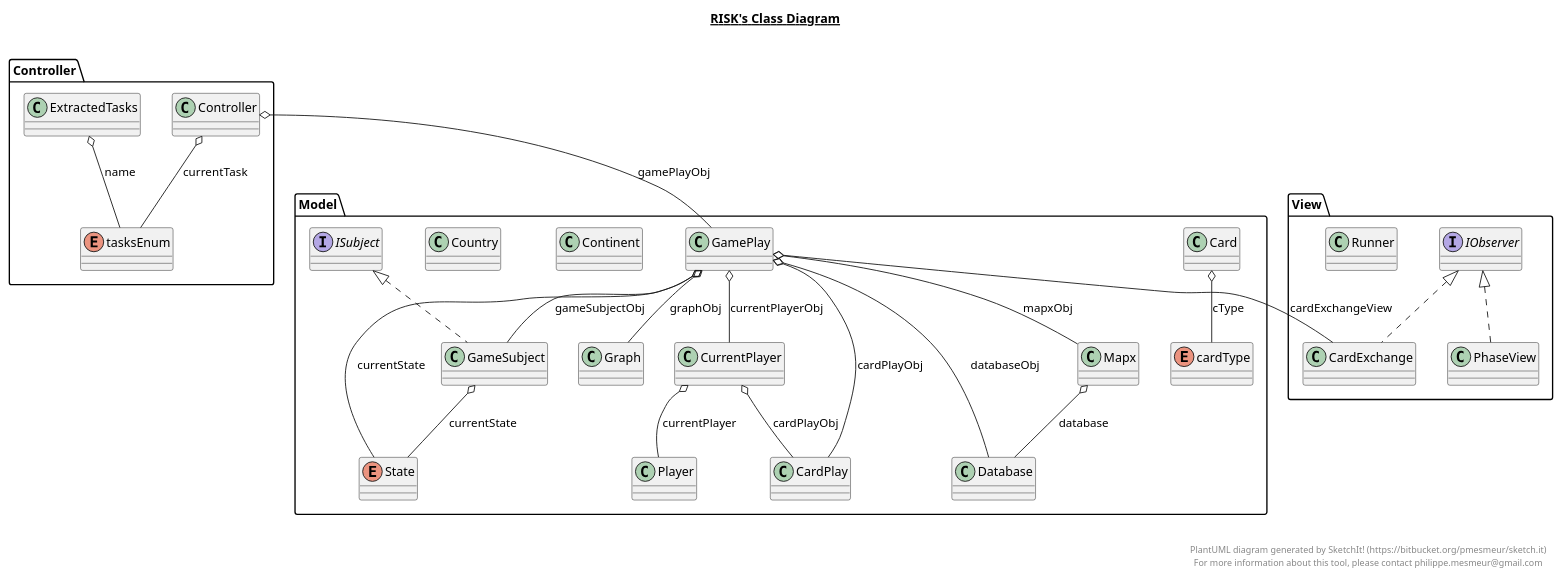
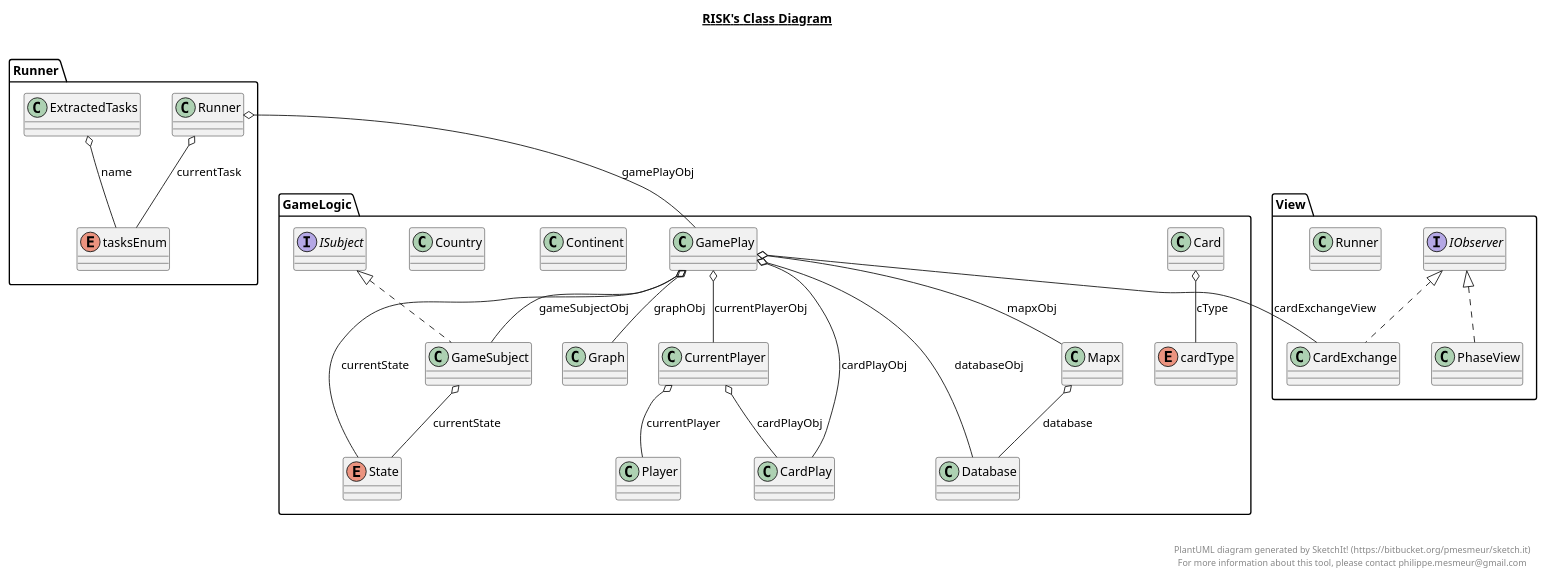
One commit to iamsherrysingh/riskGame changed the diagram in riskGame.plantuml. Above: the diagram before and after it, drawn with PlantUML. The commit also changed 107 other files, not shown here.

```diff
--- a/riskGame.plantuml
+++ b/riskGame.plantuml
@@ -1,159 +1,159 @@
 @startuml
 
 title __RISK's Class Diagram__\n
 
-  namespace Controller {
-    class Controller.Controller {
+  namespace Runner {
+    class Runner.Runner {
     }
   }
   
 
-  namespace Controller {
-    class Controller.ExtractedTasks {
+  namespace Runner {
+    class Runner.ExtractedTasks {
     }
   }
   
 
-  namespace Controller {
+  namespace Runner {
     enum tasksEnum {
     }
   }
   
 
-  namespace Model {
-    class Model.Card {
+  namespace GameLogic {
+    class GameLogic.Card {
     }
   }
   
 
-  namespace Model {
-    class Model.CardPlay {
+  namespace GameLogic {
+    class GameLogic.CardPlay {
     }
   }
   
 
-  namespace Model {
-    class Model.Continent {
+  namespace GameLogic {
+    class GameLogic.Continent {
     }
   }
   
 
-  namespace Model {
-    class Model.Country {
+  namespace GameLogic {
+    class GameLogic.Country {
     }
   }
   
 
-  namespace Model {
-    class Model.CurrentPlayer {
+  namespace GameLogic {
+    class GameLogic.CurrentPlayer {
     }
   }
   
 
-  namespace Model {
-    class Model.Database {
+  namespace GameLogic {
+    class GameLogic.Database {
     }
   }
   
 
-  namespace Model {
-    class Model.GamePlay {
+  namespace GameLogic {
+    class GameLogic.GamePlay {
     }
   }
   
 
-  namespace Model {
-    class Model.GameSubject {
+  namespace GameLogic {
+    class GameLogic.GameSubject {
     }
   }
   
 
-  namespace Model {
-    class Model.Graph {
+  namespace GameLogic {
+    class GameLogic.Graph {
     }
   }
   
 
-  namespace Model {
-    interface Model.ISubject {
+  namespace GameLogic {
+    interface GameLogic.ISubject {
     }
   }
   
 
-  namespace Model {
-    class Model.Mapx {
+  namespace GameLogic {
+    class GameLogic.Mapx {
     }
   }
   
 
-  namespace Model {
-    class Model.Player {
+  namespace GameLogic {
+    class GameLogic.Player {
     }
   }
   
 
-  namespace Model {
+  namespace GameLogic {
     enum State {
     }
   }
   
 
-  namespace Model {
+  namespace GameLogic {
     enum cardType {
     }
   }
   
 
   namespace View {
     class View.CardExchange {
     }
   }
   
 
   namespace View {
     interface View.IObserver {
     }
   }
   
 
   namespace View {
     class View.PhaseView {
     }
   }
   
 
   namespace View {
     class View.Runner {
     }
   }
   
 
-  Controller.Controller o-- Controller.tasksEnum : currentTask
-  Controller.Controller o-- Model.GamePlay : gamePlayObj
-  Controller.ExtractedTasks o-- Controller.tasksEnum : name
-  Model.Card o-- Model.cardType : cType
-  Model.CurrentPlayer o-- Model.CardPlay : cardPlayObj
-  Model.CurrentPlayer o-- Model.Player : currentPlayer
-  Model.GamePlay o-- View.CardExchange : cardExchangeView
-  Model.GamePlay o-- Model.GameSubject : gameSubjectObj
-  Model.GamePlay o-- Model.CardPlay : cardPlayObj
-  Model.GamePlay o-- Model.CurrentPlayer : currentPlayerObj
-  Model.GamePlay o-- Model.State : currentState
-  Model.GamePlay o-- Model.Database : databaseObj
-  Model.GamePlay o-- Model.Graph : graphObj
-  Model.GamePlay o-- Model.Mapx : mapxObj
-  Model.GameSubject .up.|> Model.ISubject
-  Model.GameSubject o-- Model.State : currentState
-  Model.Mapx o-- Model.Database : database
+  Runner.Runner o-- Runner.tasksEnum : currentTask
+  Runner.Runner o-- GameLogic.GamePlay : gamePlayObj
+  Runner.ExtractedTasks o-- Runner.tasksEnum : name
+  GameLogic.Card o-- GameLogic.cardType : cType
+  GameLogic.CurrentPlayer o-- GameLogic.CardPlay : cardPlayObj
+  GameLogic.CurrentPlayer o-- GameLogic.Player : currentPlayer
+  GameLogic.GamePlay o-- View.CardExchange : cardExchangeView
+  GameLogic.GamePlay o-- GameLogic.GameSubject : gameSubjectObj
+  GameLogic.GamePlay o-- GameLogic.CardPlay : cardPlayObj
+  GameLogic.GamePlay o-- GameLogic.CurrentPlayer : currentPlayerObj
+  GameLogic.GamePlay o-- GameLogic.State : currentState
+  GameLogic.GamePlay o-- GameLogic.Database : databaseObj
+  GameLogic.GamePlay o-- GameLogic.Graph : graphObj
+  GameLogic.GamePlay o-- GameLogic.Mapx : mapxObj
+  GameLogic.GameSubject .up.|> GameLogic.ISubject
+  GameLogic.GameSubject o-- GameLogic.State : currentState
+  GameLogic.Mapx o-- GameLogic.Database : database
   View.CardExchange .up.|> View.IObserver
   View.PhaseView .up.|> View.IObserver
 
 
 right footer
 
 
 PlantUML diagram generated by SketchIt! (https://bitbucket.org/pmesmeur/sketch.it)
 For more information about this tool, please contact philippe.mesmeur@gmail.com
 endfooter
 
 @enduml
```
